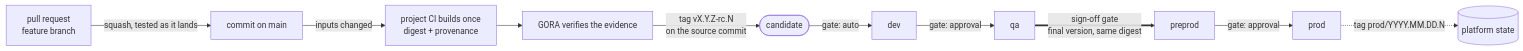
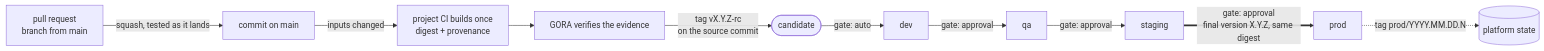
One commit to gora-tools/gora changed the first of 6 diagrams in docs/architecture/release-model.md. Above: the diagram before and after it, drawn with Mermaid. The commit also changed other lines of this file and 37 other files, not shown here.

````diff
--- a/docs/architecture/release-model.md
+++ b/docs/architecture/release-model.md
@@ -44,12 +48,12 @@
 ```mermaid
 flowchart LR
-  PR["pull request<br/>feature branch"] -->|"squash, tested as it lands"| M["commit on main"]
+  PR["pull request<br/>branch from main"] -->|"squash, tested as it lands"| M["commit on main"]
   M -->|"inputs changed"| B["project CI builds once<br/>digest + provenance"]
   B --> V["GORA verifies the evidence"]
-  V -->|"tag vX.Y.Z-rc.N<br/>on the source commit"| C(["candidate"])
+  V -->|"tag vX.Y.Z-rc<br/>on the source commit"| C(["candidate"])
   C -->|"gate: auto"| DEV["dev"]
   DEV -->|"gate: approval"| QA["qa"]
-  QA ==>|"sign-off gate<br/>final version, same digest"| PRE["preprod"]
-  PRE -->|"gate: approval"| PROD["prod"]
+  QA -->|"gate: approval"| STG["staging"]
+  STG ==>|"gate: approval<br/>final version X.Y.Z, same digest"| PROD["prod"]
   PROD -.->|"tag prod/YYYY.MM.DD.N"| S[("platform state")]
 ```
````
